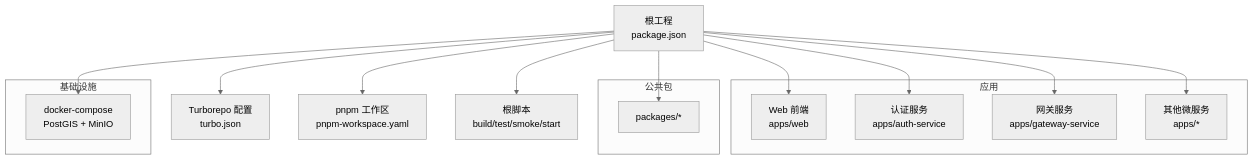
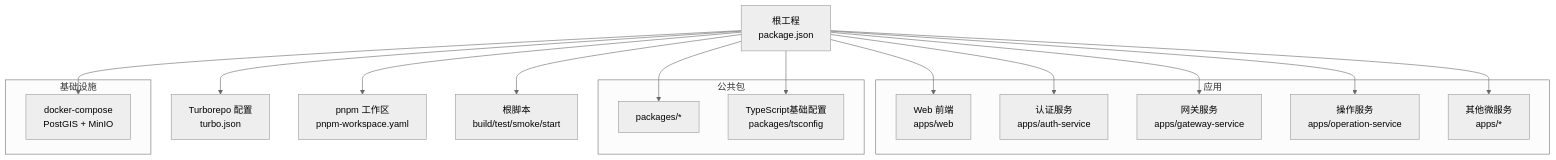
One commit to q446328246/agri-platform changed the first of 7 diagrams in .qoder/repowiki/zh/content/开发指南/微服务开发规范/构建与部署.md. Above: the diagram before and after it, drawn with Mermaid (neutral theme). The commit also changed other lines of this file and 42 other files, not shown here.

````diff
--- a/.qoder/repowiki/zh/content/开发指南/微服务开发规范/构建与部署.md
+++ b/.qoder/repowiki/zh/content/开发指南/微服务开发规范/构建与部署.md
@@ -41,24 +51,28 @@
 ```mermaid
 graph TB
 Root["根工程<br/>package.json"] --> Turbo["Turborepo 配置<br/>turbo.json"]
 Root --> PnpmWS["pnpm 工作区<br/>pnpm-workspace.yaml"]
 Root --> Scripts["根脚本<br/>build/test/smoke/start"]
 subgraph "应用"
 Web["Web 前端<br/>apps/web"]
 Auth["认证服务<br/>apps/auth-service"]
 Gateway["网关服务<br/>apps/gateway-service"]
+Operation["操作服务<br/>apps/operation-service"]
 OtherSvcs["其他微服务<br/>apps/*"]
 end
 subgraph "公共包"
 Packages["packages/*"]
+TsConfig["TypeScript基础配置<br/>packages/tsconfig"]
 end
 subgraph "基础设施"
 Infra["docker-compose<br/>PostGIS + MinIO"]
 end
 Root --> Web
 Root --> Auth
 Root --> Gateway
+Root --> Operation
 Root --> OtherSvcs
 Root --> Packages
+Root --> TsConfig
 Root --> Infra
 ```
````
